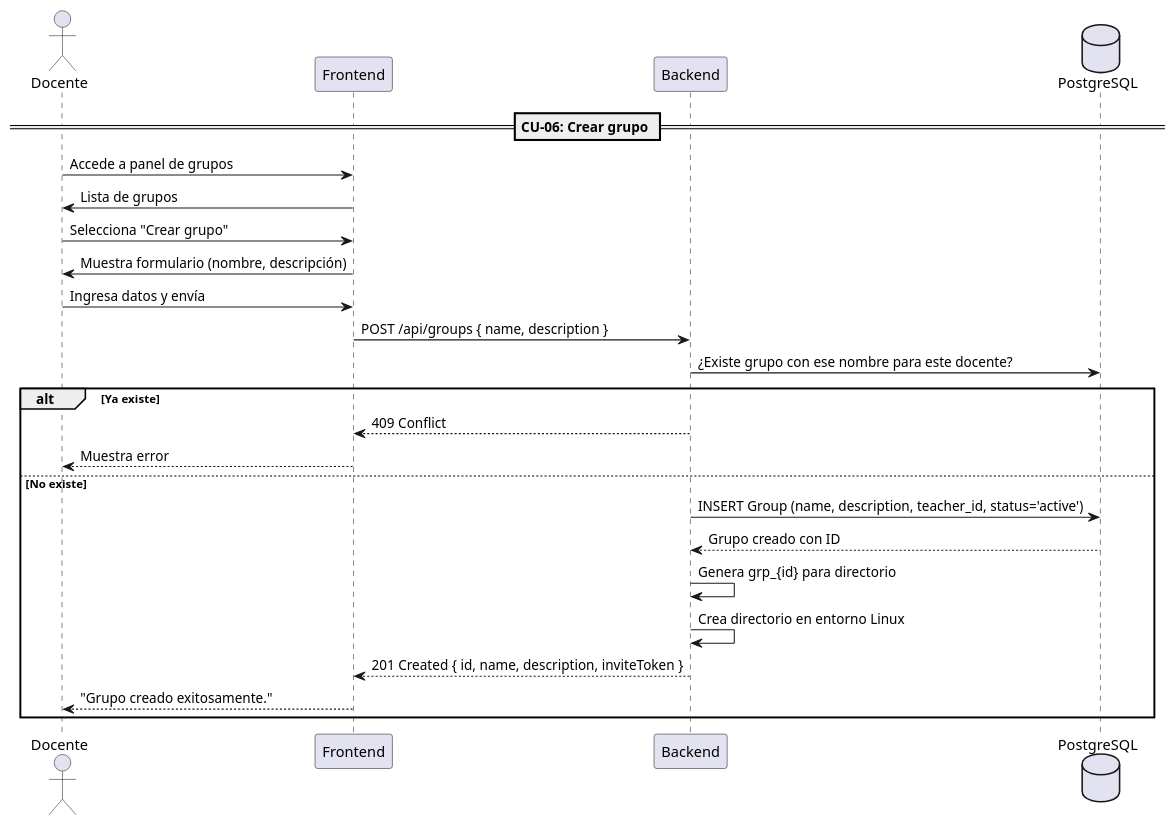
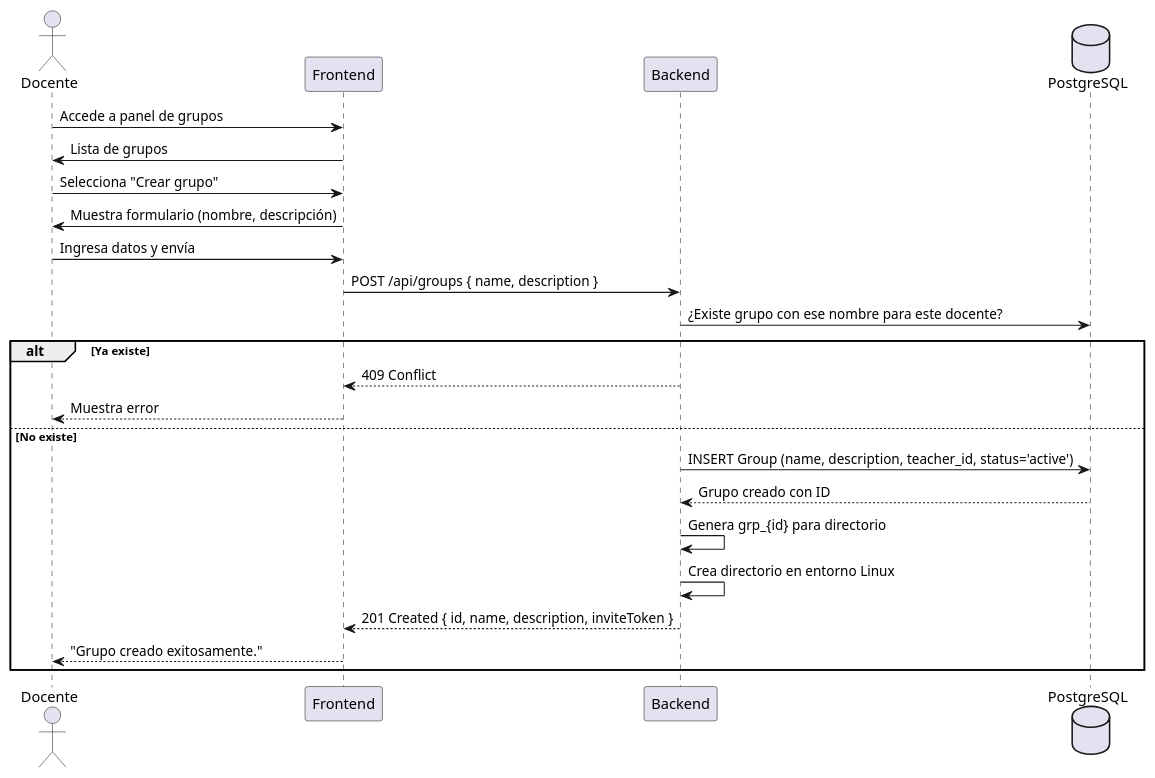
Before and after one commit to LinuxLab-UFPS/LinuxLab: diagram 12 of 52 in docs/annexes/cu-especificacion.md, drawn with PlantUML. The commit also changed other lines of this file and 1 other file, not shown here.

````diff
--- a/docs/annexes/cu-especificacion.md
+++ b/docs/annexes/cu-especificacion.md
@@ -462,35 +579,33 @@
 ```plantuml
 @startuml
 actor Docente as D
 participant "Frontend" as FE
 participant "Backend" as BE
 database "PostgreSQL" as DB
-
-== CU-06: Crear grupo ==
 
 D -> FE : Accede a panel de grupos
 FE -> D : Lista de grupos
 
 D -> FE : Selecciona "Crear grupo"
 FE -> D : Muestra formulario (nombre, descripción)
 
 D -> FE : Ingresa datos y envía
 FE -> BE : POST /api/groups { name, description }
 
 BE -> DB : ¿Existe grupo con ese nombre para este docente?
 alt Ya existe
   BE --> FE : 409 Conflict
   FE --> D : Muestra error
 else No existe
   BE -> DB : INSERT Group (name, description, teacher_id, status='active')
   DB --> BE : Grupo creado con ID
 
   BE -> BE : Genera grp_{id} para directorio
   BE -> BE : Crea directorio en entorno Linux
 
   BE --> FE : 201 Created { id, name, description, inviteToken }
   FE --> D : "Grupo creado exitosamente."
 end
 
 @enduml
 ```
````
